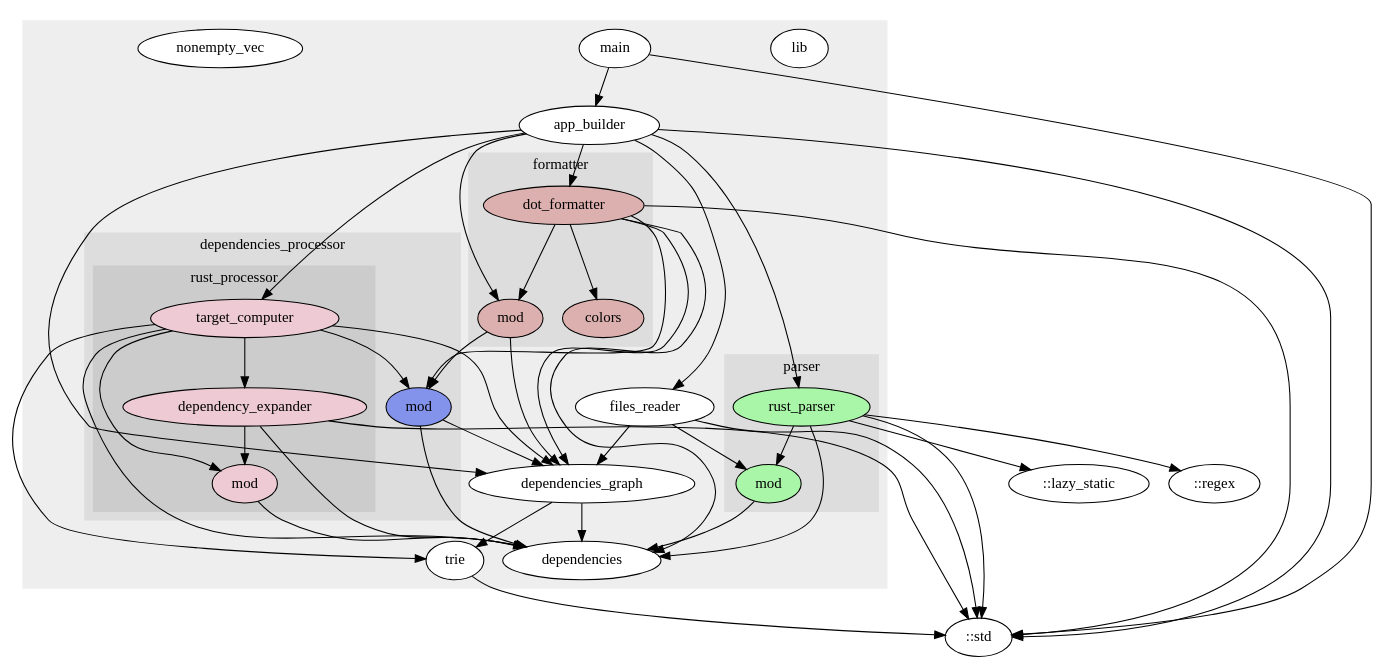
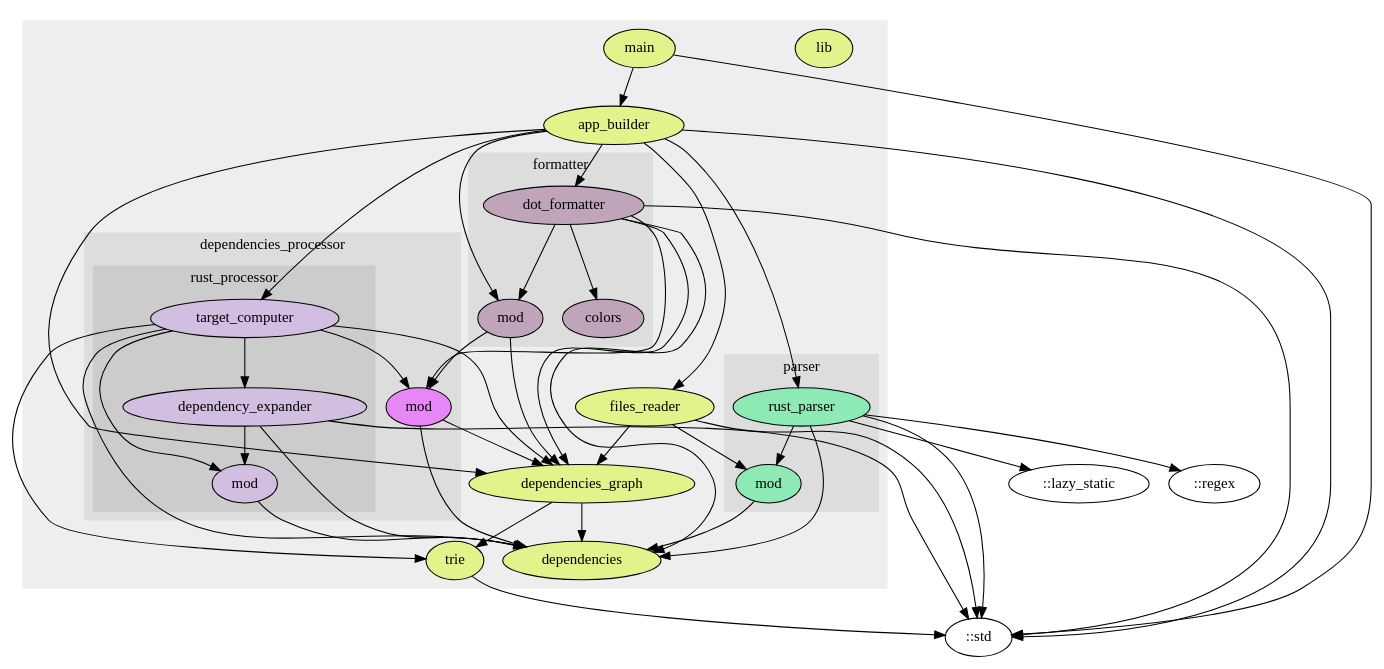
One commit to thomas-huegel/cargo-graphmod changed the diagram in modules.dot. Above: the diagram before and after it, drawn with Graphviz. The commit also changed 13 other files, not shown here.

```diff
--- a/modules.dot
+++ b/modules.dot
@@ -1,85 +1,84 @@
 digraph dependencies {
   subgraph cluster_ {
   label=""
   color="#eeeeee"
   style="filled"
-    "::app_builder"[label="app_builder",style="filled",fillcolor="#ffffff"]
-    "::dependencies"[label="dependencies",style="filled",fillcolor="#ffffff"]
-    "::dependencies_graph"[label="dependencies_graph",style="filled",fillcolor="#ffffff"]
+    "::app_builder"[label="app_builder",style="filled",fillcolor="#e3f38b"]
+    "::dependencies"[label="dependencies",style="filled",fillcolor="#e3f38b"]
+    "::dependencies_graph"[label="dependencies_graph",style="filled",fillcolor="#e3f38b"]
     subgraph cluster____dependencies_processor {
     label="dependencies_processor"
     color="#dddddd"
     style="filled"
-      "::dependencies_processor::mod"[label="mod",style="filled",fillcolor="#8393eb"]
+      "::dependencies_processor::mod"[label="mod",style="filled",fillcolor="#e787f7"]
       subgraph cluster____dependencies_processor___rust_processor {
       label="rust_processor"
       color="#cccccc"
       style="filled"
-        "::dependencies_processor::rust_processor::dependency_expander"[label="dependency_expander",style="filled",fillcolor="#eecad4"]
-        "::dependencies_processor::rust_processor::mod"[label="mod",style="filled",fillcolor="#eecad4"]
-        "::dependencies_processor::rust_processor::target_computer"[label="target_computer",style="filled",fillcolor="#eecad4"]
+        "::dependencies_processor::rust_processor::dependency_expander"[label="dependency_expander",style="filled",fillcolor="#d2bee0"]
+        "::dependencies_processor::rust_processor::mod"[label="mod",style="filled",fillcolor="#d2bee0"]
+        "::dependencies_processor::rust_processor::target_computer"[label="target_computer",style="filled",fillcolor="#d2bee0"]
       }
     }
-    "::files_reader"[label="files_reader",style="filled",fillcolor="#ffffff"]
+    "::files_reader"[label="files_reader",style="filled",fillcolor="#e3f38b"]
     subgraph cluster____formatter {
     label="formatter"
     color="#dddddd"
     style="filled"
-      "::formatter::colors"[label="colors",style="filled",fillcolor="#dcb0ae"]
-      "::formatter::dot_formatter"[label="dot_formatter",style="filled",fillcolor="#dcb0ae"]
-      "::formatter::mod"[label="mod",style="filled",fillcolor="#dcb0ae"]
+      "::formatter::colors"[label="colors",style="filled",fillcolor="#c0a4ba"]
+      "::formatter::dot_formatter"[label="dot_formatter",style="filled",fillcolor="#c0a4ba"]
+      "::formatter::mod"[label="mod",style="filled",fillcolor="#c0a4ba"]
     }
-    "::lib"[label="lib",style="filled",fillcolor="#ffffff"]
-    "::main"[label="main",style="filled",fillcolor="#ffffff"]
-    "::nonempty_vec"[label="nonempty_vec",style="filled",fillcolor="#ffffff"]
+    "::lib"[label="lib",style="filled",fillcolor="#e3f38b"]
+    "::main"[label="main",style="filled",fillcolor="#e3f38b"]
     subgraph cluster____parser {
     label="parser"
     color="#dddddd"
     style="filled"
-      "::parser::mod"[label="mod",style="filled",fillcolor="#aaf6a8"]
-      "::parser::rust_parser"[label="rust_parser",style="filled",fillcolor="#aaf6a8"]
+      "::parser::mod"[label="mod",style="filled",fillcolor="#8eeab4"]
+      "::parser::rust_parser"[label="rust_parser",style="filled",fillcolor="#8eeab4"]
     }
-    "::trie"[label="trie",style="filled",fillcolor="#ffffff"]
+    "::trie"[label="trie",style="filled",fillcolor="#e3f38b"]
   }
 "::app_builder" -> "::dependencies_graph"
 "::app_builder" -> "::dependencies_processor::rust_processor::target_computer"
 "::app_builder" -> "::files_reader"
 "::app_builder" -> "::formatter::dot_formatter"
 "::app_builder" -> "::formatter::mod"
 "::app_builder" -> "::parser::rust_parser"
 "::app_builder" -> "::std"
 "::dependencies_graph" -> "::dependencies"
 "::dependencies_graph" -> "::trie"
 "::dependencies_processor::mod" -> "::dependencies"
 "::dependencies_processor::mod" -> "::dependencies_graph"
 "::dependencies_processor::rust_processor::dependency_expander" -> "::dependencies"
 "::dependencies_processor::rust_processor::dependency_expander" -> "::dependencies_processor::rust_processor::mod"
 "::dependencies_processor::rust_processor::dependency_expander" -> "::std"
 "::dependencies_processor::rust_processor::mod" -> "::dependencies"
 "::dependencies_processor::rust_processor::target_computer" -> "::dependencies"
 "::dependencies_processor::rust_processor::target_computer" -> "::dependencies_graph"
 "::dependencies_processor::rust_processor::target_computer" -> "::dependencies_processor::mod"
 "::dependencies_processor::rust_processor::target_computer" -> "::dependencies_processor::rust_processor::dependency_expander"
 "::dependencies_processor::rust_processor::target_computer" -> "::dependencies_processor::rust_processor::mod"
 "::dependencies_processor::rust_processor::target_computer" -> "::trie"
 "::files_reader" -> "::dependencies_graph"
 "::files_reader" -> "::parser::mod"
 "::files_reader" -> "::std"
 "::formatter::dot_formatter" -> "::dependencies"
 "::formatter::dot_formatter" -> "::dependencies_graph"
 "::formatter::dot_formatter" -> "::dependencies_processor::mod"
 "::formatter::dot_formatter" -> "::formatter::colors"
 "::formatter::dot_formatter" -> "::formatter::mod"
 "::formatter::dot_formatter" -> "::std"
 "::formatter::mod" -> "::dependencies_graph"
 "::formatter::mod" -> "::dependencies_processor::mod"
 "::main" -> "::app_builder"
 "::main" -> "::std"
 "::parser::mod" -> "::dependencies"
 "::parser::rust_parser" -> "::dependencies"
 "::parser::rust_parser" -> "::lazy_static"
 "::parser::rust_parser" -> "::parser::mod"
 "::parser::rust_parser" -> "::regex"
 "::parser::rust_parser" -> "::std"
 "::trie" -> "::std"
 }
```
